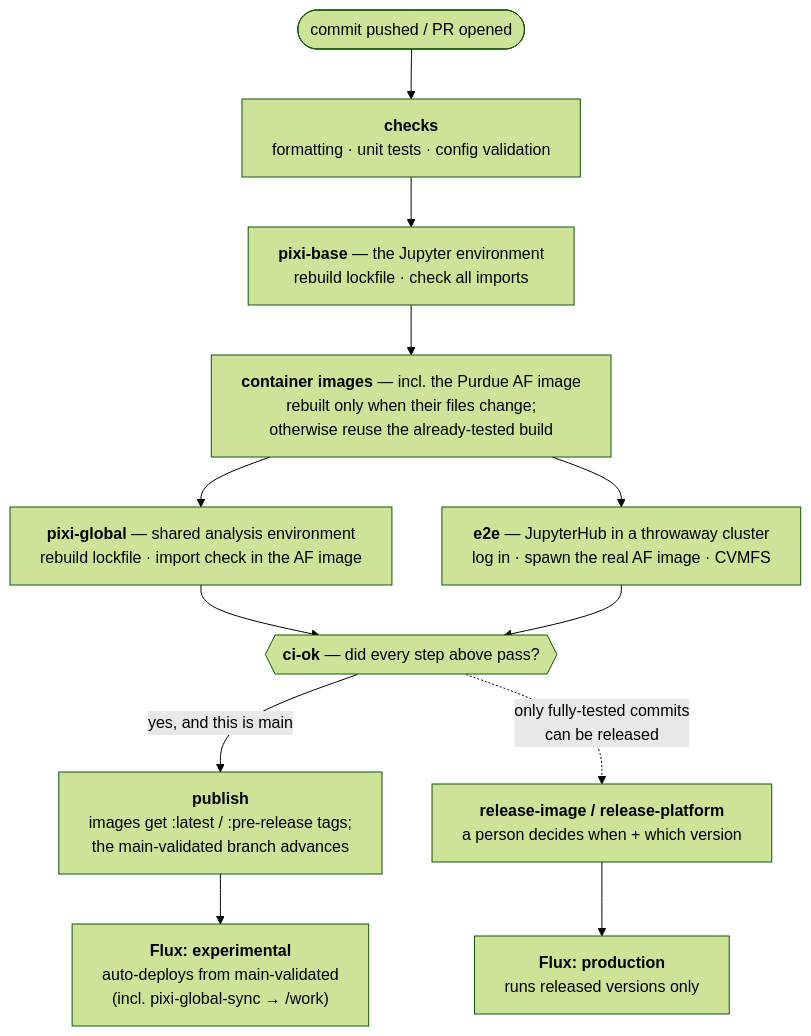
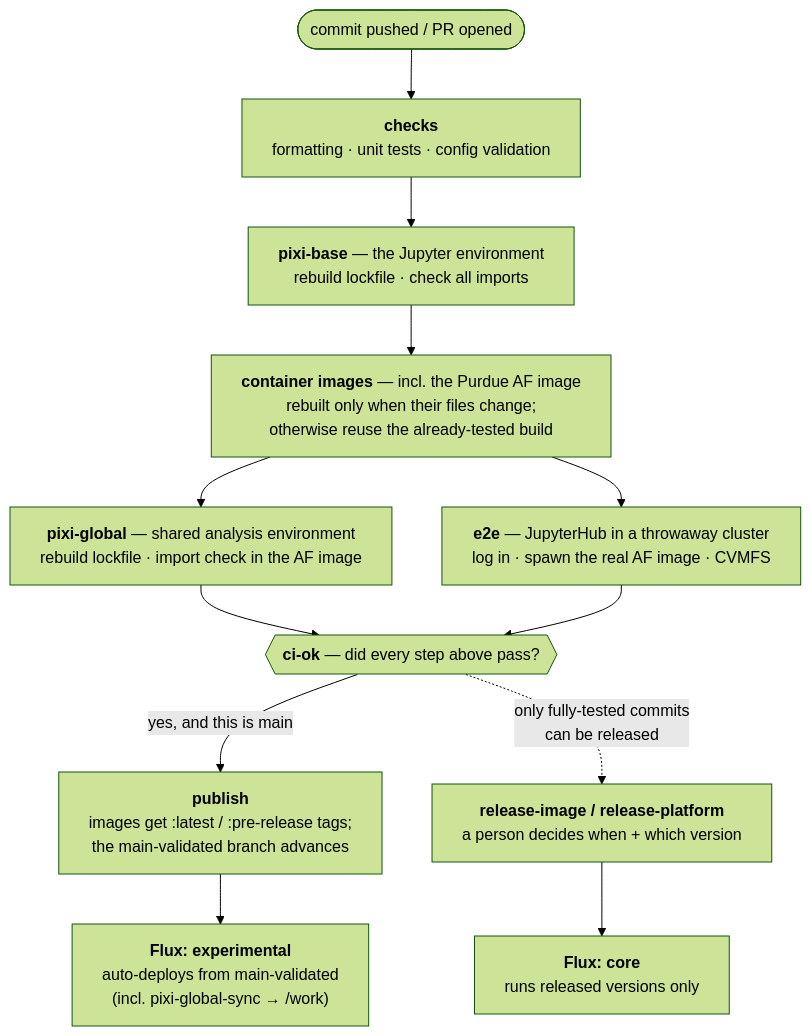
One commit to PurdueAF/purdue-af changed the diagram in RELEASING.md. Above: the diagram before and after it, drawn with Mermaid (forest theme). The commit also changed other lines of this file and 5 other files, not shown here.

````diff
--- a/RELEASING.md
+++ b/RELEASING.md
@@ -27,18 +27,18 @@
 ```mermaid
 %%{init: {"flowchart": {"wrappingWidth": 380}}}%%
 flowchart TD
     PR([commit pushed / PR opened]) --> CHK
     CHK["<b>checks</b><br/>formatting · unit tests · config validation"] --> PB
     PB["<b>pixi-base</b> — the Jupyter environment<br/>rebuild lockfile · check all imports"] --> IMG
     IMG["<b>container images</b> — incl. the Purdue AF image<br/>rebuilt only when their files change;<br/>otherwise reuse the already-tested build"] --> PG
     IMG --> E2E
     PG["<b>pixi-global</b> — shared analysis environment<br/>rebuild lockfile · import check in the AF image"] --> OK
     E2E["<b>e2e</b> — JupyterHub in a throwaway cluster<br/>log in · spawn the real AF image · CVMFS"] --> OK
     OK{{"<b>ci-ok</b> — did every step above pass?"}}
     OK -->|yes, and this is main| PUB
     PUB["<b>publish</b><br/>images get :latest / :pre-release tags;<br/>the main-validated branch advances"]
     PUB --> EXP["<b>Flux: experimental</b><br/>auto-deploys from main-validated<br/>(incl. pixi-global-sync → /work)"]
     REL["<b>release-image / release-platform</b><br/>a person decides when + which version"] --> PROD
-    PROD["<b>Flux: production</b><br/>runs released versions only"]
+    PROD["<b>Flux: core</b><br/>runs released versions only"]
     OK -.->|only fully-tested commits<br/>can be released| REL
 ```
````
